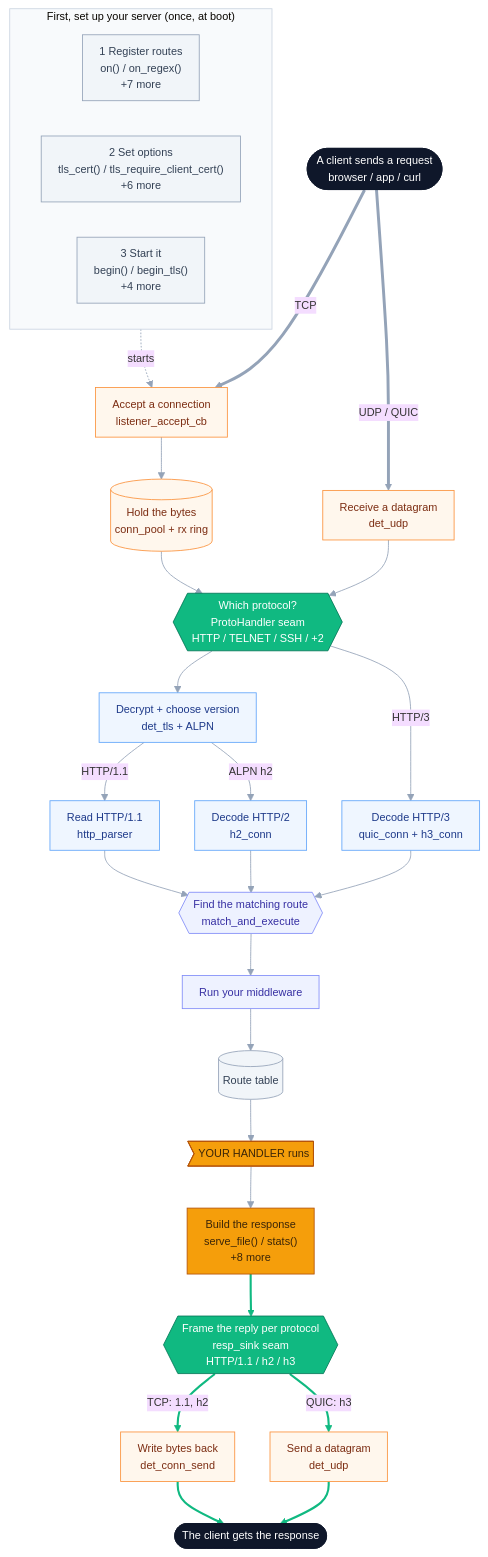
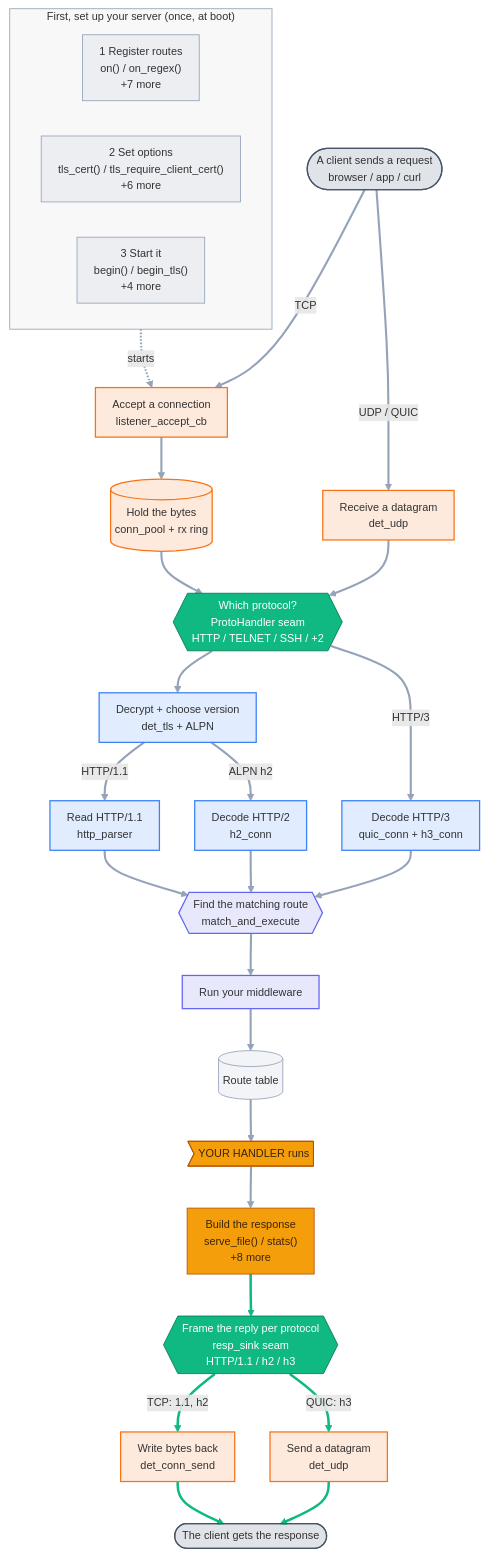
The first of 2 diagrams in README.md (dstroy0/DeterministicESPAsyncWebServer), drawn with Mermaid before and after one commit. The commit also changed other lines of this file and 2 other files, not shown here.

Commit message:
docs(diagrams): theme-adaptive translucent palette + thicker links
Forcing theme:base with opaque light fills made the charts unreadable on GitHub's dark theme
(the setup panel became a glaring white box, the near-black client nodes vanished). Drop the
theme override so GitHub swaps light/dark automatically, and give the pipeline nodes translucent
fills (~15% alpha) with an accent border and no fixed text colour, so the page background tints
through and the theme's own text colour stays legible on either background. The two seams (green)
and the two parts you write (amber) stay solid so they still pop. Pin the edge colour to a soft
slate-grey (gentle on both, not harsh black on white) and thicken links to >= 2x (they were
hairline). Verified with mmdc in both -t default and -t dark.

````diff
--- a/README.md
+++ b/README.md
@@ -70,70 +70,71 @@
 ```mermaid
-%%{init: {'theme':'base','themeVariables':{'fontFamily':'ui-sans-serif,system-ui,Segoe UI,Roboto,sans-serif','fontSize':'13px','lineColor':'#94a3b8','clusterBkg':'transparent','clusterBorder':'#cbd5e1'},'flowchart':{'curve':'basis','nodeSpacing':42,'rankSpacing':50,'padding':10,'useMaxWidth':true}}}%%
+%%{init: {'themeVariables':{'fontFamily':'ui-sans-serif,system-ui,Segoe UI,Roboto,sans-serif','fontSize':'13px','lineColor':'#94a3b8'},'flowchart':{'curve':'basis','nodeSpacing':42,'rankSpacing':50,'padding':10,'useMaxWidth':true}}}%%
 flowchart TB
   %% Auto-generated from the public API, proto_builtins.cpp, and presentation/ on disk.
   subgraph SETUP["First, set up your server (once, at boot)"]
     direction LR
     reg["1 Register routes<br/>on() / on_regex()<br/>+7 more"]
     cfg["2 Set options<br/>tls_cert() / tls_require_client_cert()<br/>+6 more"]
     run["3 Start it<br/>begin() / begin_tls()<br/>+4 more"]
   end
 
   cin(["A client sends a request<br/>browser / app / curl"])
   listen["Accept a connection<br/>listener_accept_cb"]
   ring[("Hold the bytes<br/>conn_pool + rx ring")]
   udprx["Receive a datagram<br/>det_udp"]
   seam{{"Which protocol?<br/>ProtoHandler seam<br/>HTTP / TELNET / SSH / +2"}}
   tls["Decrypt + choose version<br/>det_tls + ALPN"]
   parser["Read HTTP/1.1<br/>http_parser"]
   h2["Decode HTTP/2<br/>h2_conn"]
   h3["Decode HTTP/3<br/>quic_conn + h3_conn"]
   mae{{"Find the matching route<br/>match_and_execute"}}
   mw["Run your middleware"]
   routes[("Route table")]
   handler>"YOUR HANDLER runs"]
   resp["Build the response<br/>serve_file() / stats()<br/>+8 more"]
   sink{{"Frame the reply per protocol<br/>resp_sink seam<br/>HTTP/1.1 / h2 / h3"}}
   consend["Write bytes back<br/>det_conn_send"]
   udptx["Send a datagram<br/>det_udp"]
   cout(["The client gets the response"])
 
   run -.->|starts| listen
   cin ==>|TCP| listen
   listen --> ring
   ring --> seam
   cin ==>|UDP / QUIC| udprx
   udprx --> seam
   seam --> tls
   tls -->|HTTP/1.1| parser
   tls -->|ALPN h2| h2
   seam -->|HTTP/3| h3
   parser --> mae
   h2 --> mae
   h3 --> mae
   mae --> mw
   mw --> routes
   routes --> handler
   handler --> resp
   resp --> sink
   sink -->|TCP: 1.1, h2| consend
   sink -->|QUIC: h3| udptx
   consend ==> cout
   udptx ==> cout
 
   class cin,cout ext;
   class reg,cfg,run,routes setup;
   class listen,ring,udprx,udptx,consend l4;
   class seam,sink seam;
   class tls,parser,h2,h3 l6;
   class mae,mw l7;
   class handler,resp you;
-  classDef ext fill:#0f172a,stroke:#0f172a,color:#fff;
-  classDef setup fill:#f1f5f9,stroke:#94a3b8,color:#334155;
-  classDef l4 fill:#fff7ed,stroke:#fb923c,color:#7c2d12;
-  classDef seam fill:#10b981,stroke:#047857,color:#fff;
-  classDef l6 fill:#eff6ff,stroke:#60a5fa,color:#1e3a8a;
-  classDef l7 fill:#eef2ff,stroke:#818cf8,color:#3730a3;
+  classDef ext fill:#64748b33,stroke:#475569,stroke-width:1.5px;
+  classDef setup fill:#94a3b81f,stroke:#94a3b8;
+  classDef l4 fill:#f9731626,stroke:#f97316,stroke-width:1.5px;
+  classDef seam fill:#10b981,stroke:#047857,color:#ffffff;
+  classDef l6 fill:#3b82f626,stroke:#3b82f6,stroke-width:1.5px;
+  classDef l7 fill:#6366f126,stroke:#6366f1,stroke-width:1.5px;
   classDef you fill:#f59e0b,stroke:#b45309,color:#3b2508;
-  style SETUP fill:#f8fafc,stroke:#cbd5e1,stroke-width:1px;
-  linkStyle 17,18,19,20,21 stroke:#10b981,stroke-width:2.5px;
+  style SETUP fill:#8888880f,stroke:#94a3b8,stroke-width:1px;
+  linkStyle default stroke-width:2.5px;
+  linkStyle 17,18,19,20,21 stroke:#10b981,stroke-width:3px;
 ```
````
